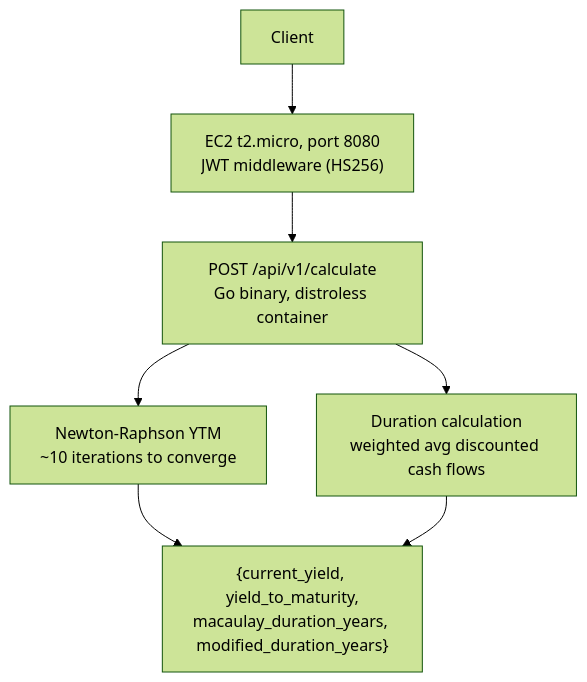
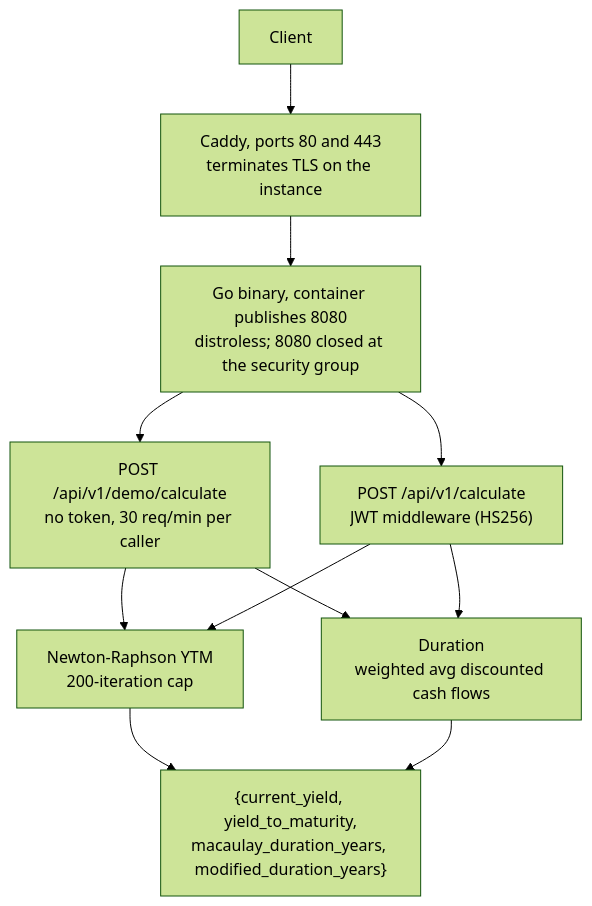
The diagram in README.md (coreystevensdev/bondcalc), drawn with Mermaid (forest theme) before and after one commit. The commit also changed other lines of this file and 5 other files, not shown here.

````diff
--- a/README.md
+++ b/README.md
@@ -20,8 +20,10 @@
 ```mermaid
 flowchart TD
-    A[Client] --> B["EC2 t2.micro, port 8080\nJWT middleware (HS256)"]
-    B --> C["POST /api/v1/calculate\nGo binary, distroless container"]
-    C --> D["Newton-Raphson YTM\n~10 iterations to converge"]
-    C --> E["Duration calculation\nweighted avg discounted cash flows"]
-    D & E --> F["{current_yield, yield_to_maturity,\nmacaulay_duration_years, modified_duration_years}"]
+    A[Client] --> B["Caddy, ports 80 and 443\nterminates TLS on the instance"]
+    B --> C["Go binary, container publishes 8080\ndistroless; 8080 closed at the security group"]
+    C --> D["POST /api/v1/demo/calculate\nno token, 30 req/min per caller"]
+    C --> E["POST /api/v1/calculate\nJWT middleware (HS256)"]
+    D & E --> F["Newton-Raphson YTM\n200-iteration cap"]
+    D & E --> G["Duration\nweighted avg discounted cash flows"]
+    F & G --> H["{current_yield, yield_to_maturity,\nmacaulay_duration_years, modified_duration_years}"]
 ```
````
